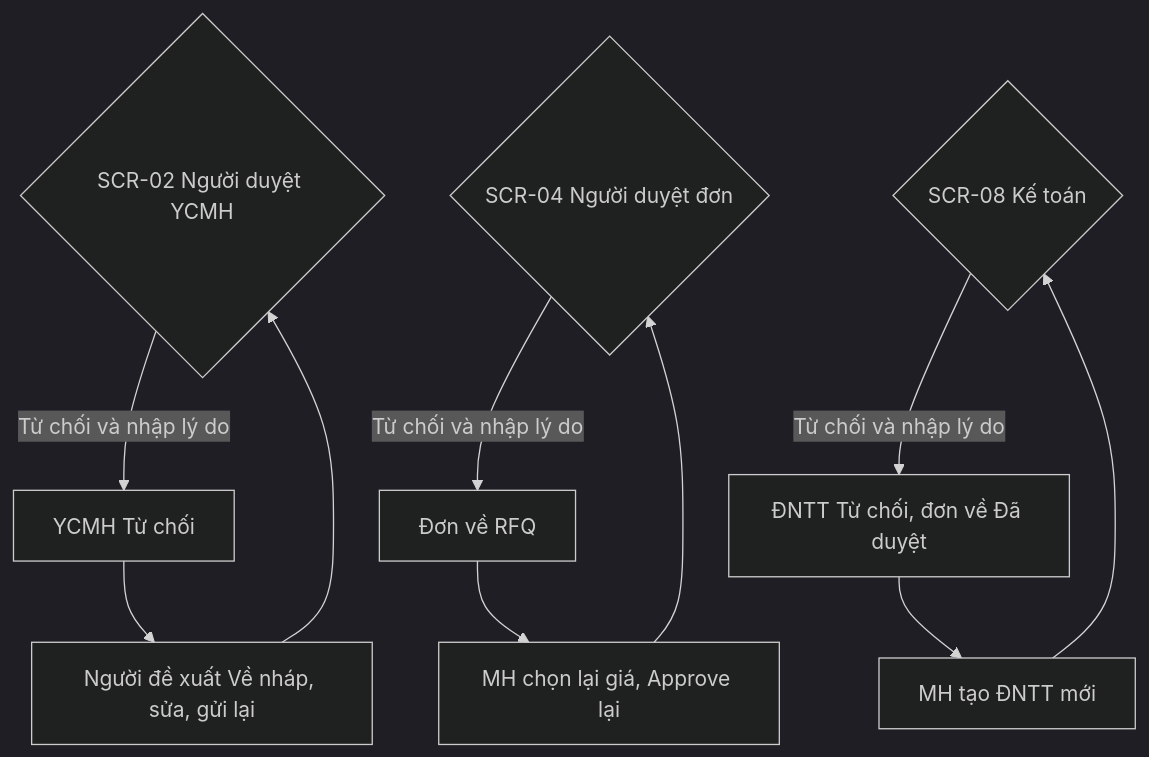
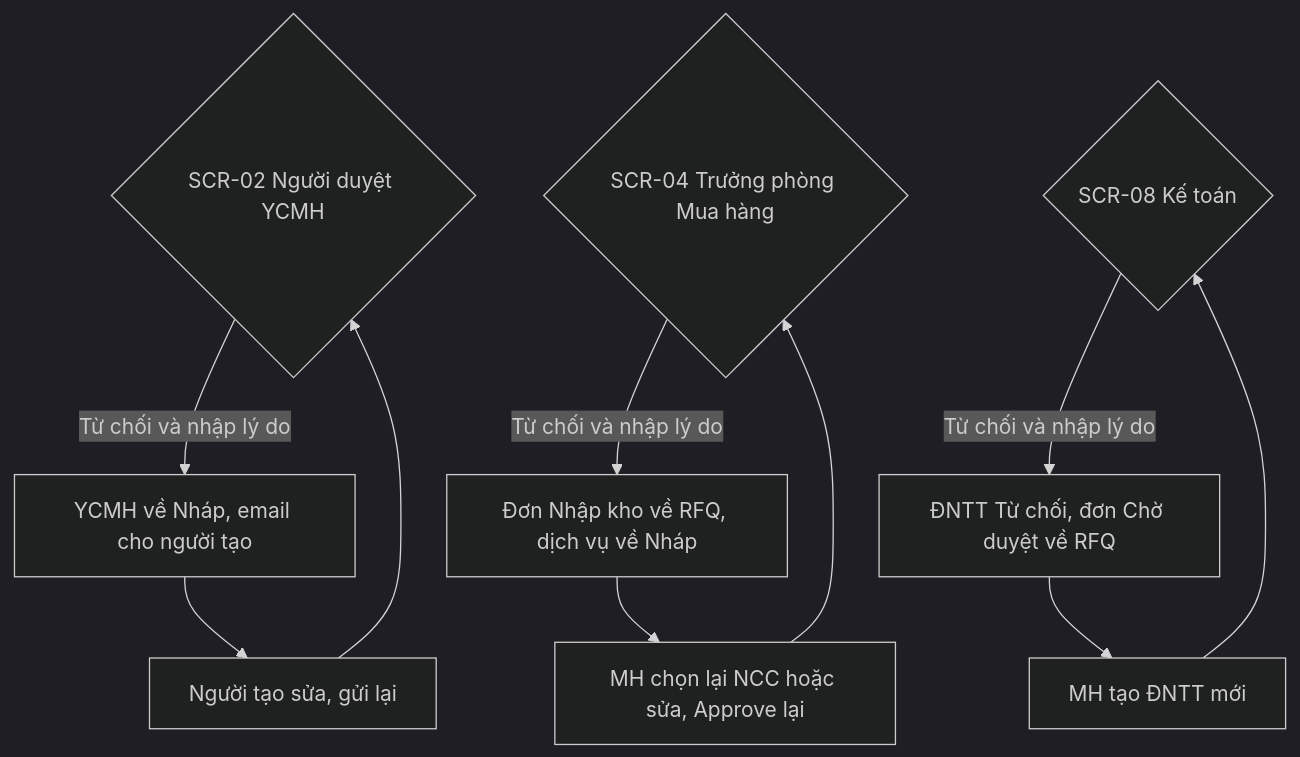
One commit to lethanhdat2002296-cpu/Skill_BA_Cloud_Automation changed the second of 4 diagrams in outputs/odoo-mua-hang/SRS.md. Above: the diagram before and after it, drawn with Mermaid (dark theme). The commit also changed other lines of this file and 58 other files, not shown here.

````diff
--- a/outputs/odoo-mua-hang/SRS.md
+++ b/outputs/odoo-mua-hang/SRS.md
@@ -721,12 +785,12 @@
 ```mermaid
 flowchart TD
-  A{SCR-02 Người duyệt YCMH} -- Từ chối và nhập lý do --> B[YCMH Từ chối]
-  B --> C[Người đề xuất Về nháp, sửa, gửi lại]
+  A{SCR-02 Người duyệt YCMH} -- Từ chối và nhập lý do --> B[YCMH về Nháp, email cho người tạo]
+  B --> C[Người tạo sửa, gửi lại]
   C --> A
-  D{SCR-04 Người duyệt đơn} -- Từ chối và nhập lý do --> E[Đơn về RFQ]
-  E --> F[MH chọn lại giá, Approve lại]
+  D{SCR-04 Trưởng phòng Mua hàng} -- Từ chối và nhập lý do --> E[Đơn Nhập kho về RFQ, dịch vụ về Nháp]
+  E --> F[MH chọn lại NCC hoặc sửa, Approve lại]
   F --> D
-  G{SCR-08 Kế toán} -- Từ chối và nhập lý do --> H[ĐNTT Từ chối, đơn về Đã duyệt]
+  G{SCR-08 Kế toán} -- Từ chối và nhập lý do --> H[ĐNTT Từ chối, đơn Chờ duyệt về RFQ]
   H --> I[MH tạo ĐNTT mới]
   I --> G
 ```
````
